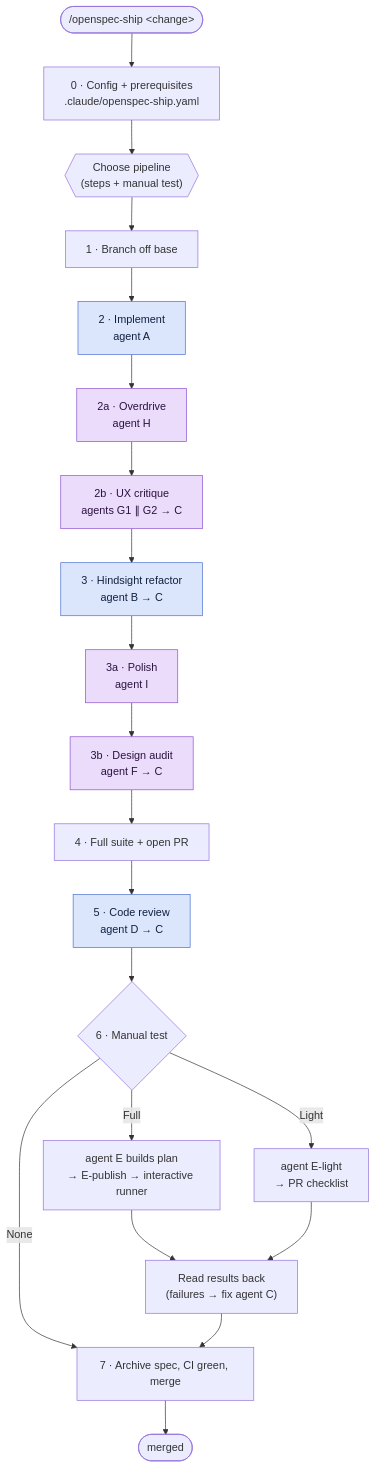
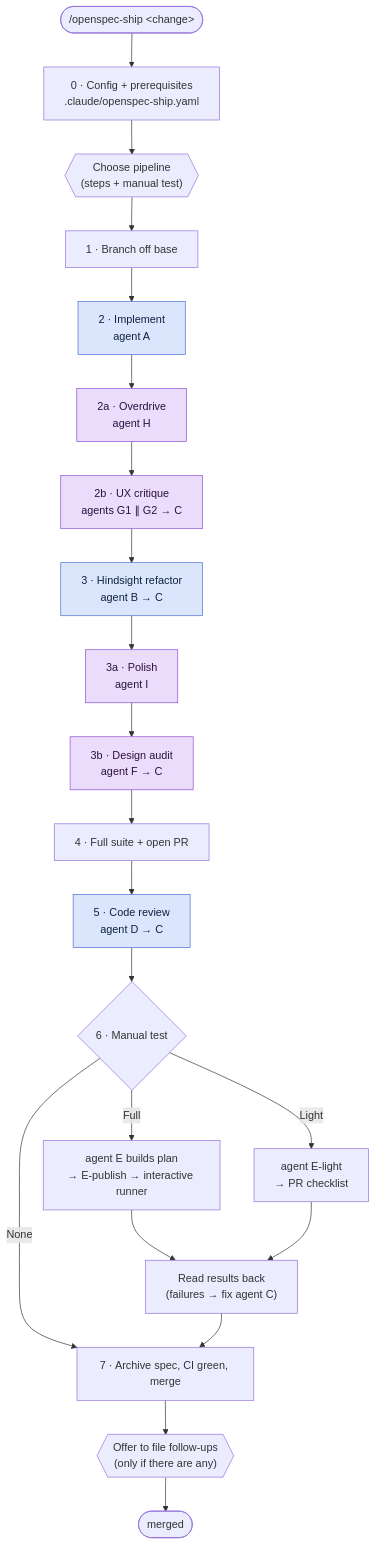
Before and after one commit to apmiller108/ai-skills: the second of 4 diagrams in README.md, drawn with Mermaid. The commit also changed other lines of this file and 6 other files, not shown here.

First line of the commit message:
Tracks follow-ups and offers to file them after the merge

````diff
--- a/README.md
+++ b/README.md
@@ -116,25 +118,26 @@
 ```mermaid
 flowchart TD
   start(["/openspec-ship #lt;change#gt;"]) --> cfg["0 · Config + prerequisites<br/>.claude/openspec-ship.yaml"]
   cfg --> menu{{"Choose pipeline<br/>(steps + manual test)"}}
   menu --> branch["1 · Branch off base"]
   branch --> apply["2 · Implement<br/>agent A"]:::opt
   apply --> overdrive["2a · Overdrive<br/>agent H"]:::ui
   overdrive --> critique["2b · UX critique<br/>agents G1 ∥ G2 → C"]:::ui
   critique --> refactor["3 · Hindsight refactor<br/>agent B → C"]:::opt
   refactor --> polish["3a · Polish<br/>agent I"]:::ui
   polish --> audit["3b · Design audit<br/>agent F → C"]:::ui
   audit --> full["4 · Full suite + open PR"]
   full --> review["5 · Code review<br/>agent D → C"]:::opt
   review --> manual{"6 · Manual test"}
   manual -- Full --> runner["agent E builds plan<br/>→ E-publish → interactive runner"]
   manual -- Light --> light["agent E-light<br/>→ PR checklist"]
   manual -- None --> merge
   runner --> results["Read results back<br/>(failures → fix agent C)"]
   light --> results
   results --> merge["7 · Archive spec, CI green, merge"]
-  merge --> done([merged])
+  merge --> file{{"Offer to file follow-ups<br/>(only if there are any)"}}
+  file --> done([merged])
 
   classDef opt fill:#dbe6fd,stroke:#4a6fd1,color:#10213f
   classDef ui fill:#ecdcfb,stroke:#8a4fd1,color:#2b1240
 ```
````
